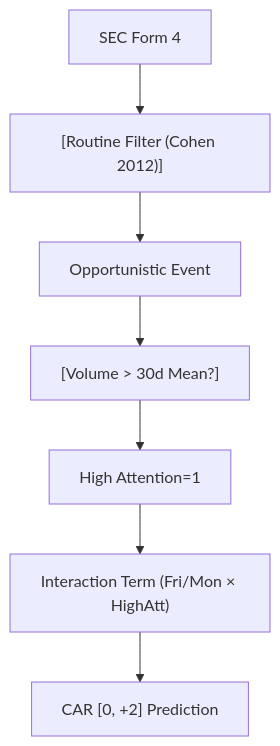
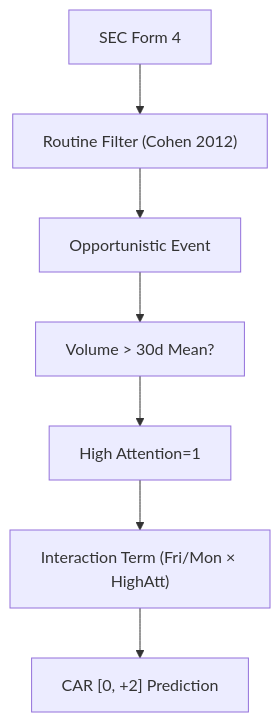
One commit to sou350121/Trading-Handbook changed the diagram in foundations/factor-mining/alpha.md. Above: the diagram before and after it, drawn with Mermaid. The commit also changed 191 other files, not shown here.

First line of the commit message:
render: fix math + mermaid for GitHub across the corpus (188 pages)

````diff
--- a/foundations/factor-mining/alpha.md
+++ b/foundations/factor-mining/alpha.md
@@ -33,9 +33,9 @@
 ```mermaid
 flowchart TD
-    A["SEC Form 4"] --> B["[Routine Filter (Cohen 2012)]"]
+    A["SEC Form 4"] --> B["Routine Filter (Cohen 2012)"]
     B --> C["Opportunistic Event"]
-    C --> D["[Volume > 30d Mean?]"]
+    C --> D["Volume &gt; 30d Mean?"]
     D --> E["High Attention=1"]
     E --> F["Interaction Term (Fri/Mon × HighAtt)"]
     F --> G["CAR [0, +2] Prediction"]
 ```
````
